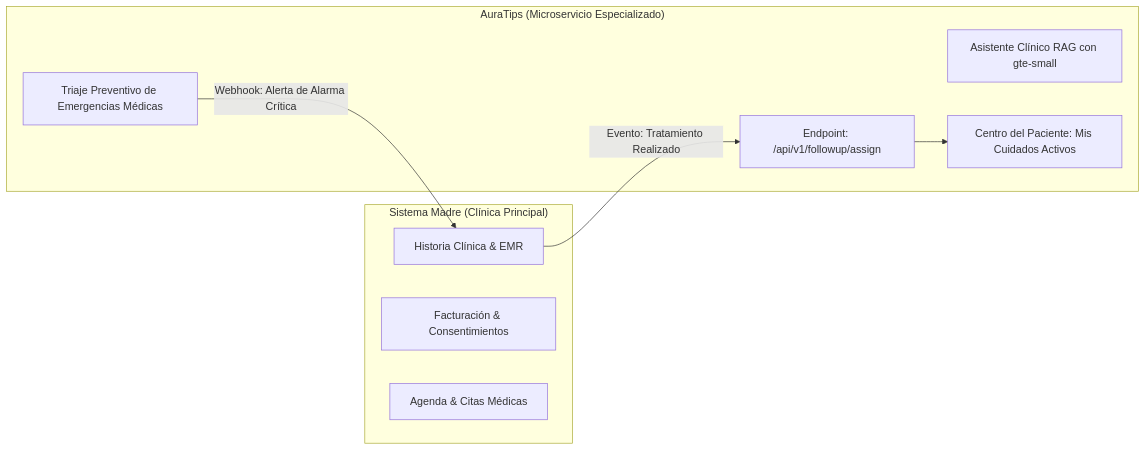
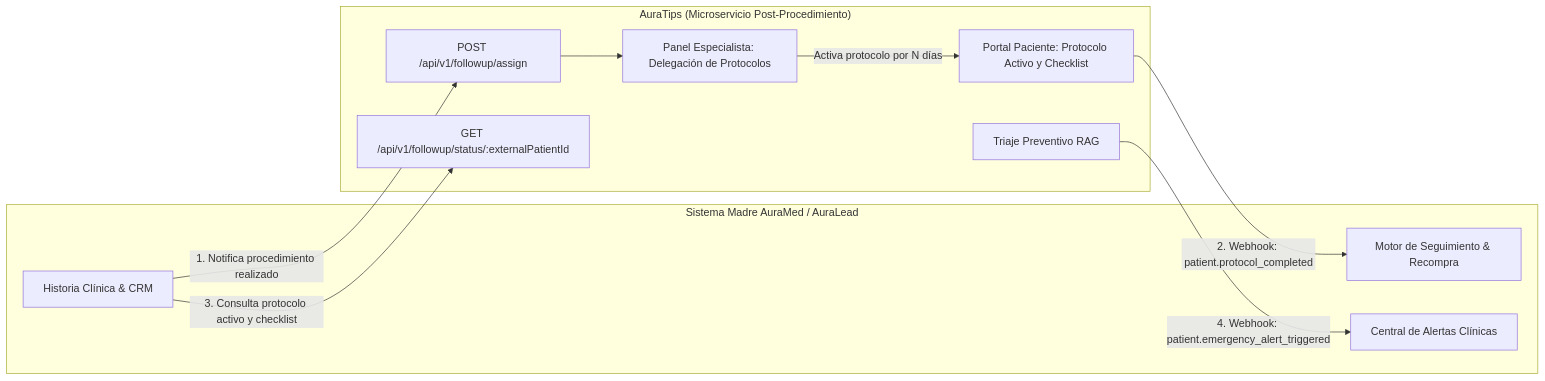
The diagram in docs/integration-contract.md (AlejoHiguitaUXUI/AuraTips_Bundle), drawn with Mermaid before and after one commit. The commit also changed other lines of this file and 36 other files, not shown here.

Commit message:
feat(clinical): specialist protocol delegation, lifecycle expiration, AuraMed M2M APIs & OpenSpec archive

````diff
--- a/docs/integration-contract.md
+++ b/docs/integration-contract.md
@@ -9,19 +9,23 @@
 ```mermaid
-graph LR
-    subgraph "Sistema Madre (Clínica Principal)"
-        EMR[Historia Clínica & EMR]
-        Billing[Facturación & Consentimientos]
-        Appts[Agenda & Citas Médicas]
+flowchart LR
+    subgraph "Sistema Madre AuraMed / AuraLead"
+        EMR["Historia Clínica & CRM"]
+        FollowUp["Motor de Seguimiento & Recompra"]
+        Alerts["Central de Alertas Clínicas"]
     end
 
-    subgraph "AuraTips (Microservicio Especializado)"
-        AssignAPI[Endpoint: /api/v1/followup/assign]
-        RAG[Asistente Clínico RAG con gte-small]
-        CarePortal[Centro del Paciente: Mis Cuidados Activos]
-        Guardrails[Triaje Preventivo de Emergencias Médicas]
+    subgraph "AuraTips (Microservicio Post-Procedimiento)"
+        AssignAPI["POST /api/v1/followup/assign"]
+        StatusAPI["GET /api/v1/followup/status/:externalPatientId"]
+        SpecPanel["Panel Especialista: Delegación de Protocolos"]
+        CarePortal["Portal Paciente: Protocolo Activo y Checklist"]
+        Guardrails["Triaje Preventivo RAG"]
     end
 
-    EMR -->|Evento: Tratamiento Realizado| AssignAPI
-    AssignAPI --> CarePortal
-    Guardrails -->|Webhook: Alerta de Alarma Crítica| EMR
+    EMR -->|"1. Notifica procedimiento realizado"| AssignAPI
+    AssignAPI --> SpecPanel
+    SpecPanel -->|"Activa protocolo por N días"| CarePortal
+    CarePortal -->|"2. Webhook: patient.protocol_completed"| FollowUp
+    EMR -->|"3. Consulta protocolo activo y checklist"| StatusAPI
+    Guardrails -->|"4. Webhook: patient.emergency_alert_triggered"| Alerts
 ```
````
